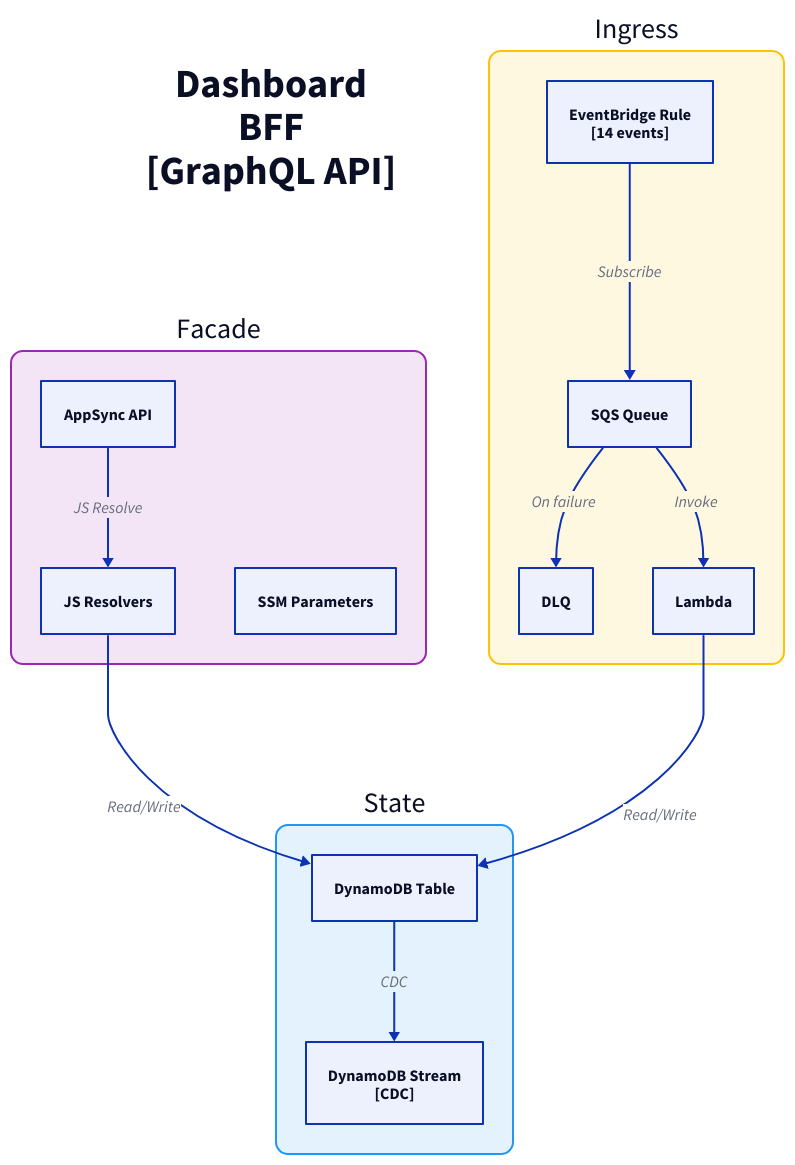
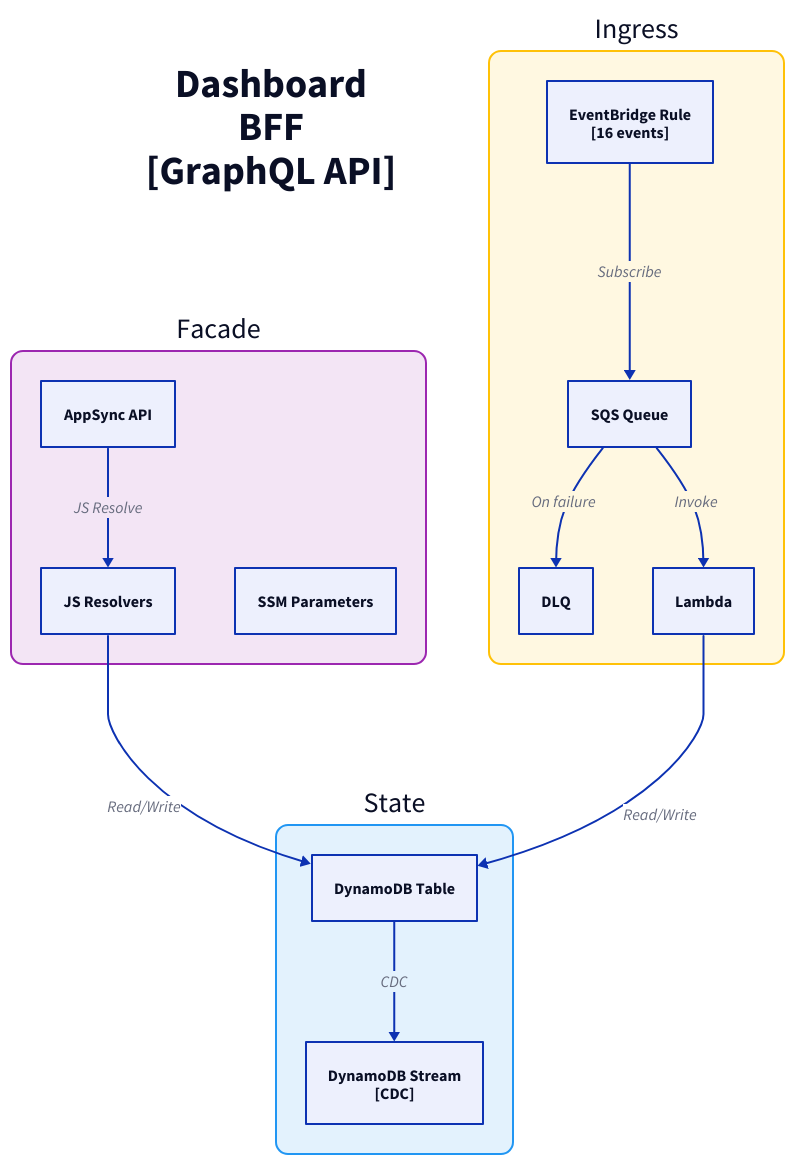
Before and after one commit to fabio-vitali/nestfolio: the diagram in docs/architecture/c3/dashboard-bff.d2, drawn with D2. The commit also changed 70 other files, not shown here.

Commit message:
docs: regenerate C4 diagrams from current CDK stacks

```diff
--- a/docs/architecture/c3/dashboard-bff.d2
+++ b/docs/architecture/c3/dashboard-bff.d2
@@ -1,36 +1,36 @@
 direction: down
 
 title: "Dashboard\nBFF\n[GraphQL API]" {
   style: { font-size: 40; bold: true; fill: transparent; stroke: transparent }
 }
 
 facade: "Facade" {
   style: { fill: "#F3E5F5"; stroke: "#9C27B0"; border-radius: 12; font-size: 28 }
   appsync: "AppSync API" { class: aws-appsync }
   resolvers: "JS Resolvers" { class: aws-lambda }
   appsync -> resolvers: JS Resolve
   ssm: "SSM Parameters" { class: aws-ssm }
 }
 
 ingress: "Ingress" {
   style: { fill: "#FFF8E1"; stroke: "#FFC107"; border-radius: 12; font-size: 28 }
-  rule: "EventBridge Rule\n[14 events]" { class: aws-eventbridge }
+  rule: "EventBridge Rule\n[16 events]" { class: aws-eventbridge }
   sqs: "SQS Queue" { class: aws-sqs }
   dlq: "DLQ" { class: aws-dlq }
   handler: "Lambda" { class: aws-lambda }
 
   rule -> sqs: Subscribe
   sqs -> handler: Invoke
   sqs -> dlq: On failure
 }
 
 state: "State" {
   style: { fill: "#E3F2FD"; stroke: "#2196F3"; border-radius: 12; font-size: 28 }
   table: "DynamoDB Table" { class: aws-dynamodb }
   stream: "DynamoDB Stream\n[CDC]" { class: aws-ddb-stream }
   table -> stream: CDC
 }
 
 # Flows
 facade.resolvers -> state.table: Read/Write
 ingress.handler -> state.table: Read/Write
```
